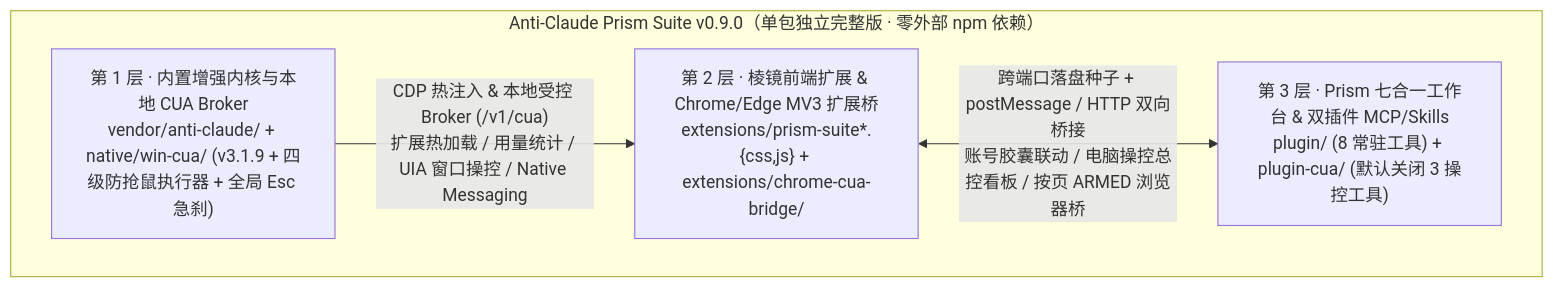
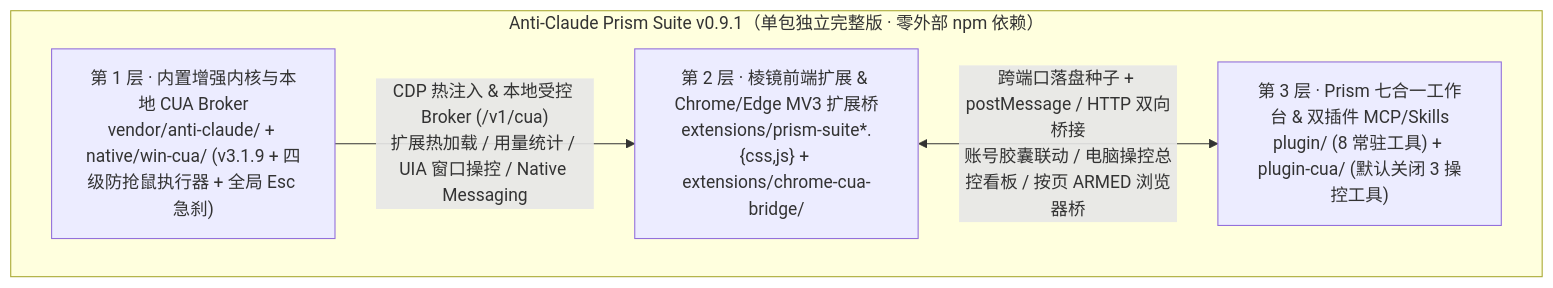
One commit to wushuai0802/anti-claude-prism-suite changed the diagram in README.md. Above: the diagram before and after it, drawn with Mermaid. The commit also changed other lines of this file and 24 other files, not shown here.

````diff
--- a/README.md
+++ b/README.md
@@ -116,11 +116,11 @@
 ```mermaid
 flowchart TB
-  subgraph PKG["Anti-Claude Prism Suite v0.9.0（单包独立完整版 · 零外部 npm 依赖）"]
+  subgraph PKG["Anti-Claude Prism Suite v0.9.1（单包独立完整版 · 零外部 npm 依赖）"]
     K["第 1 层 · 内置增强内核与本地 CUA Broker<br/>vendor/anti-claude/ + native/win-cua/ (v3.1.9 + 四级防抢鼠执行器 + 全局 Esc 急刹)"]
     E["第 2 层 · 棱镜前端扩展 & Chrome/Edge MV3 扩展桥<br/>extensions/prism-suite*.{css,js} + extensions/chrome-cua-bridge/"]
     P["第 3 层 · Prism 七合一工作台 & 双插件 MCP/Skills<br/>plugin/ (8 常驻工具) + plugin-cua/ (默认关闭 3 操控工具)"]
   end
 
   K -->|"CDP 热注入 & 本地受控 Broker (/v1/cua)<br/>扩展热加载 / 用量统计 / UIA 窗口操控 / Native Messaging"| E
   E <-->|"跨端口落盘种子 + postMessage / HTTP 双向桥接<br/>账号胶囊联动 / 电脑操控总控看板 / 按页 ARMED 浏览器桥"| P
 ```
````
